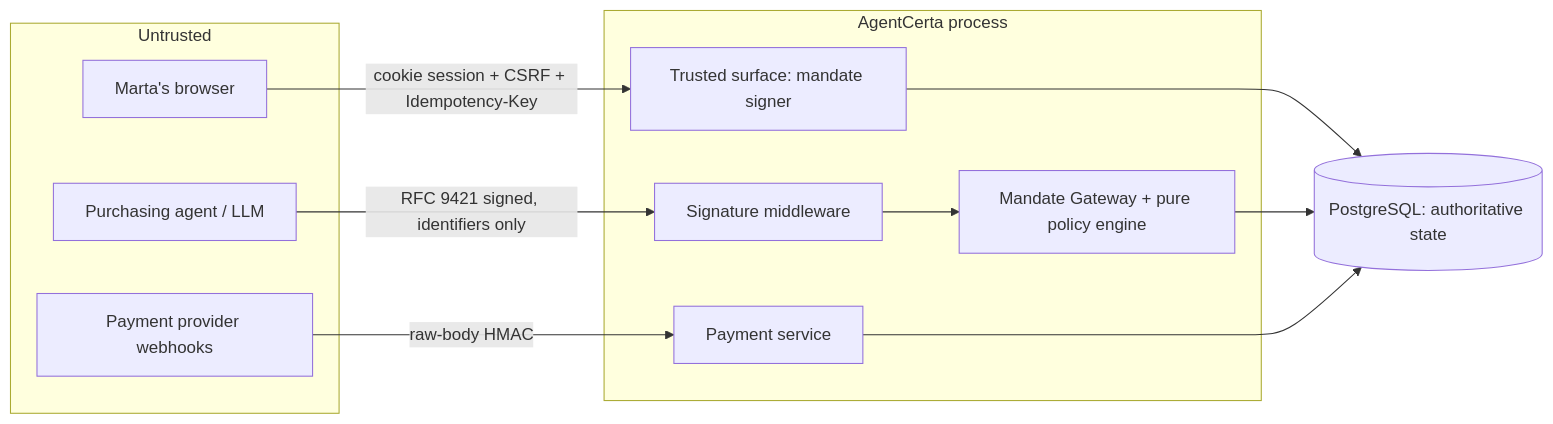
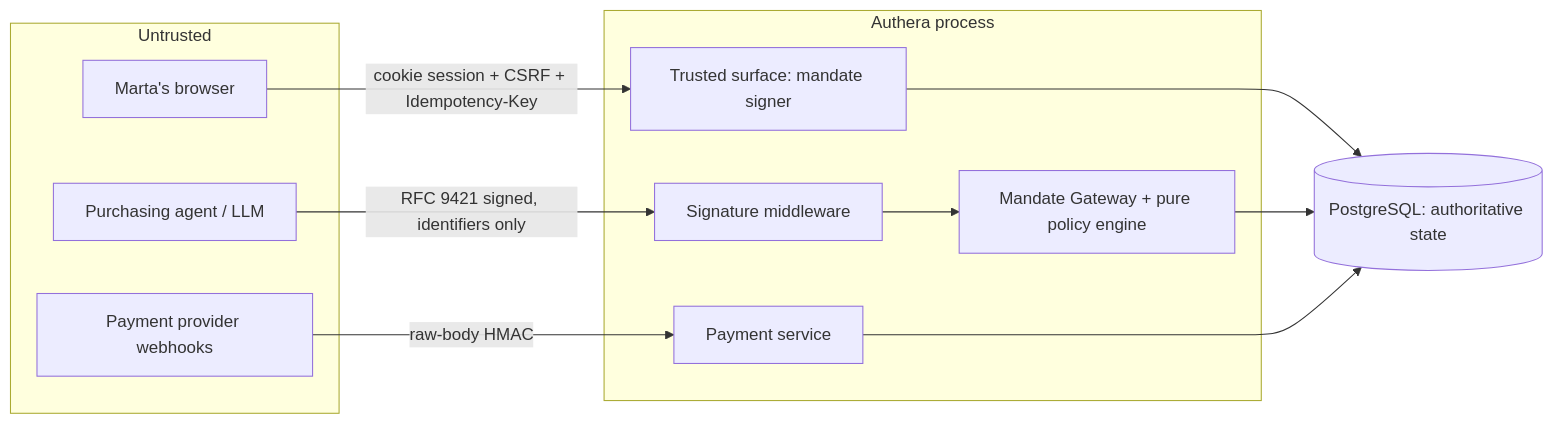
The diagram in docs/threat-model.md (r0bops/Authera), drawn with Mermaid before and after one commit. The commit also changed other lines of this file and 116 other files, not shown here.

First line of the commit message:
chore: rename AgentCerta to Authera everywhere

````diff
--- a/docs/threat-model.md
+++ b/docs/threat-model.md
@@ -17,21 +17,21 @@
 ```mermaid
 flowchart LR
   subgraph Untrusted
     Agent[Purchasing agent / LLM]
     Browser[Marta's browser]
     Provider[Payment provider webhooks]
   end
-  subgraph Trusted[AgentCerta process]
+  subgraph Trusted[Authera process]
     Sig[Signature middleware]
     TS[Trusted surface: mandate signer]
     GW[Mandate Gateway + pure policy engine]
     Pay[Payment service]
   end
   DB[(PostgreSQL: authoritative state)]
   Agent -->|RFC 9421 signed, identifiers only| Sig --> GW
   Browser -->|cookie session + CSRF + Idempotency-Key| TS
   Provider -->|raw-body HMAC| Pay
   TS --> DB
   GW --> DB
   Pay --> DB
 ```
````
